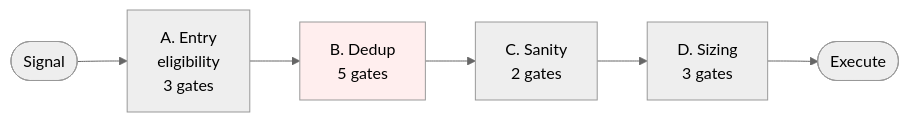
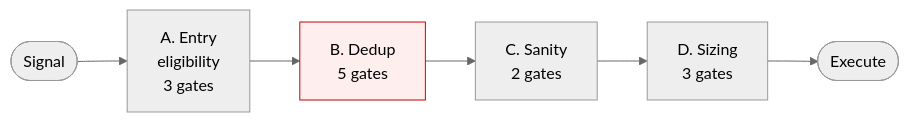
The first of 2 diagrams in README.en.md (justinhsu1477/crypto-signal-trader), drawn with Mermaid (neutral theme) before and after one commit. The commit also changed 2 other files, not shown here.

Commit message:
fix(mermaid): 修 dedup 階段標題在 dark mode 看不到 — 加 color:#000
Mermaid 在 dark mode 把 node / subgraph 標題 default 設成白色，落在
style fill:#fee 粉紅背景上完全看不到。
加 color:#000（同時也加 stroke:#c00 強化邊框）讓 light + dark mode 都讀得到。

影響：README 風控段 + RISK_PIPELINE.md TB 拓樸圖（B 階段都會這樣）

````diff
--- a/README.en.md
+++ b/README.en.md
@@ -54,5 +54,5 @@
 ```mermaid
 flowchart LR
     S([Signal]) --> A[A. Entry<br/>eligibility<br/>3 gates] --> B[B. Dedup<br/>5 gates] --> C[C. Sanity<br/>2 gates] --> D[D. Sizing<br/>3 gates] --> E([Execute])
-    style B fill:#fee
+    style B fill:#fee,stroke:#c00,color:#000
 ```
````
